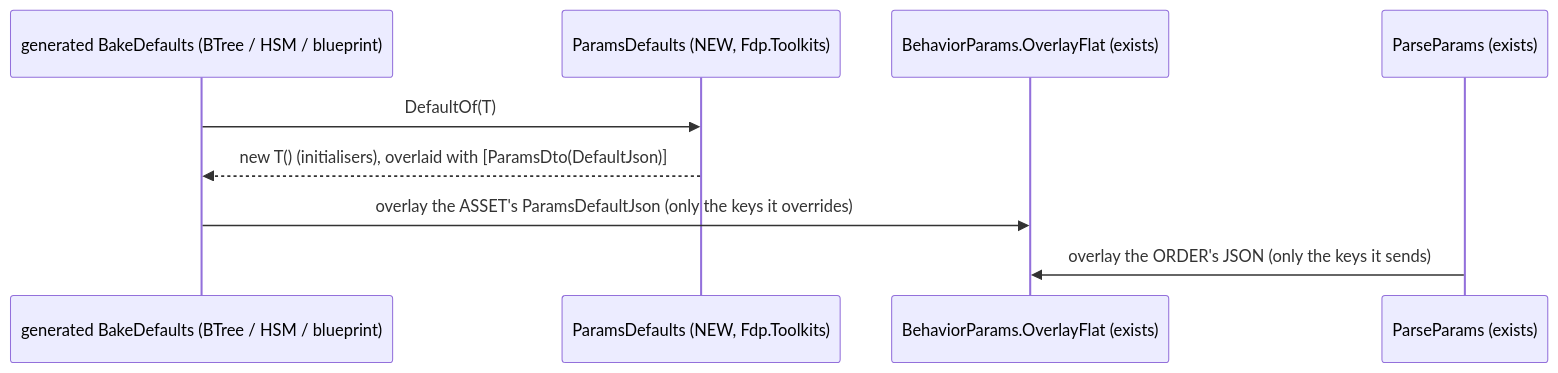
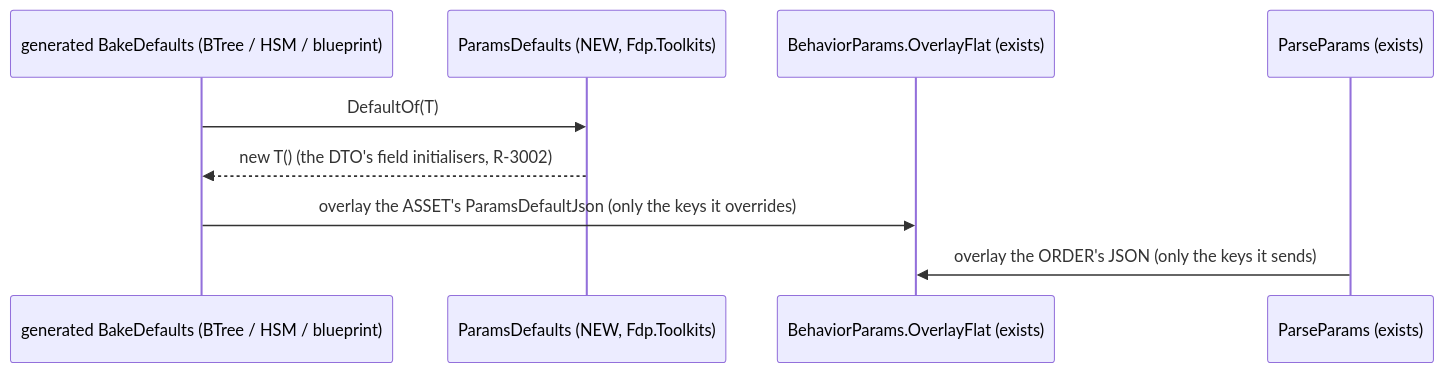
Before and after one commit to pjanec/HROT: diagram 40 of 47 in docs/DESIGN_Orders_Params_Entity_Classes.md, drawn with Mermaid. The commit also changed other lines of this file and 2 other files, not shown here.

First line of the commit message:
docs: R-3002 — a params DTO's own defaults are its field initialisers, never an attribute

````diff
--- a/docs/DESIGN_Orders_Params_Entity_Classes.md
+++ b/docs/DESIGN_Orders_Params_Entity_Classes.md
@@ -1978,11 +1978,11 @@
 ```mermaid
 sequenceDiagram
   participant Bake as generated BakeDefaults (BTree / HSM / blueprint)
   participant D as ParamsDefaults (NEW, Fdp.Toolkits)
   participant Ov as BehaviorParams.OverlayFlat (exists)
   participant Ord as ParseParams (exists)
   Bake->>D: DefaultOf(T)
-  D-->>Bake: new T() (initialisers), overlaid with [ParamsDto(DefaultJson)]
+  D-->>Bake: new T() (the DTO's field initialisers, R-3002)
   Bake->>Ov: overlay the ASSET's ParamsDefaultJson (only the keys it overrides)
   Ord->>Ov: overlay the ORDER's JSON (only the keys it sends)
 ```
````
